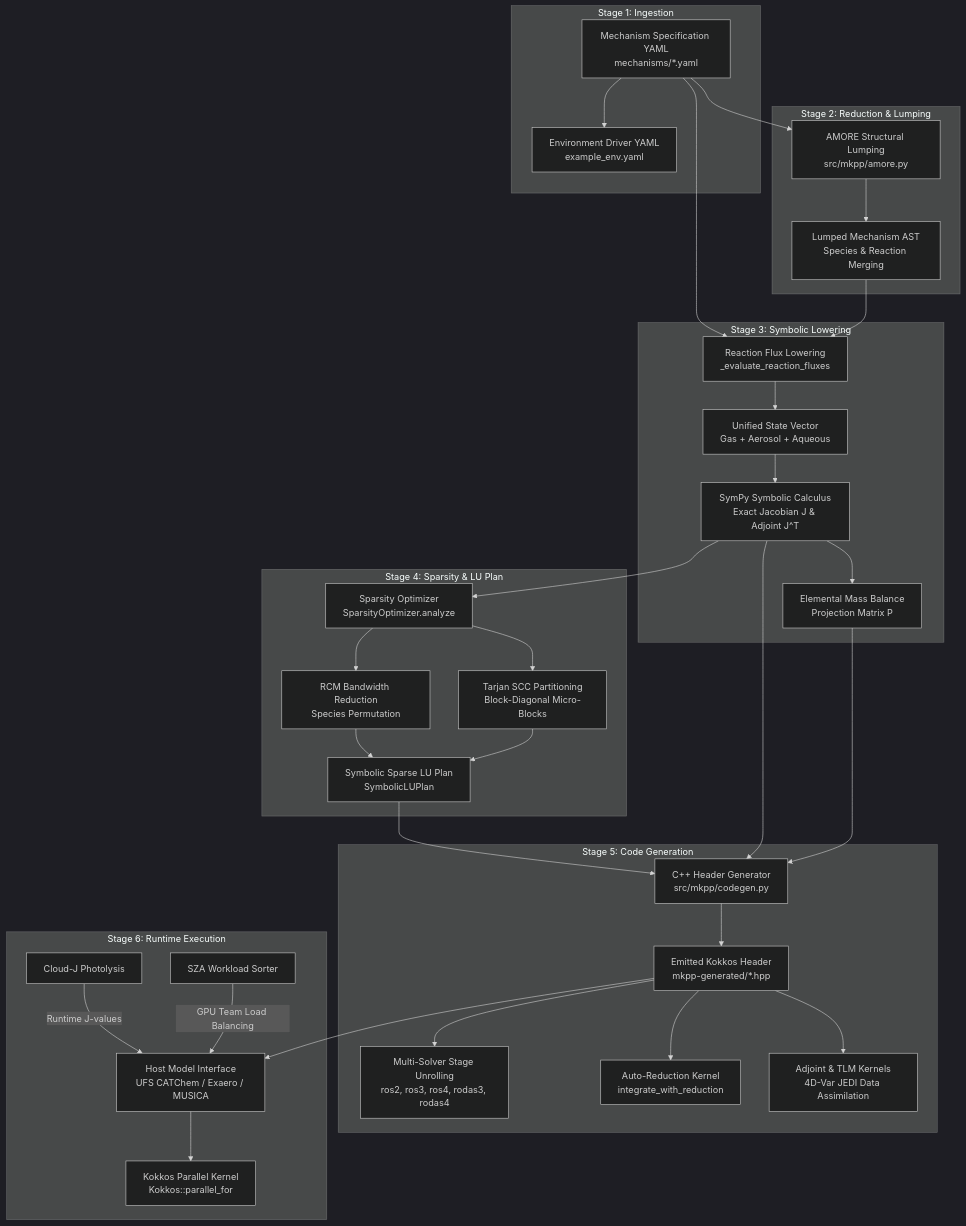
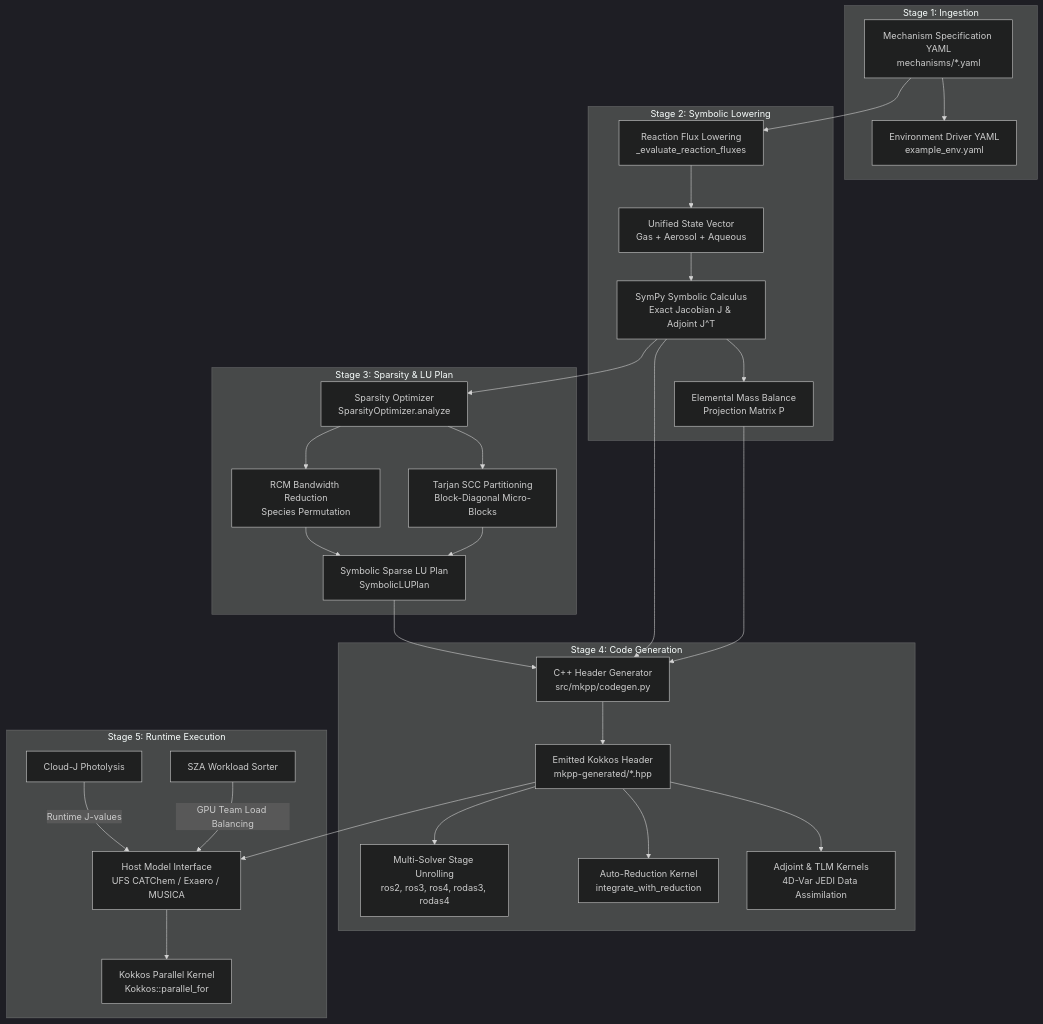
Before and after one commit to bbakernoaa/MKPP: the diagram in docs/explanation/mkpp-end-to-end-architecture.md, drawn with Mermaid (dark theme). The commit also changed other lines of this file and 52 other files, not shown here.

````diff
--- a/docs/explanation/mkpp-end-to-end-architecture.md
+++ b/docs/explanation/mkpp-end-to-end-architecture.md
@@ -24,40 +24,35 @@
 ```mermaid
 flowchart TD
     subgraph Stage 1: Ingestion
         A[Mechanism Specification YAML\nmechanisms/*.yaml] --> B[Environment Driver YAML\nexample_env.yaml]
     end
 
-    subgraph Stage 2: Reduction & Lumping
-        A --> C[AMORE Structural Lumping\nsrc/mkpp/amore.py]
-        C --> D[Lumped Mechanism AST\nSpecies & Reaction Merging]
-    end
-
-    subgraph Stage 3: Symbolic Lowering
-        A & D --> E[Reaction Flux Lowering\n_evaluate_reaction_fluxes]
+    subgraph Stage 2: Symbolic Lowering
+        A --> E[Reaction Flux Lowering\n_evaluate_reaction_fluxes]
         E --> F[Unified State Vector\nGas + Aerosol + Aqueous]
         F --> G[SymPy Symbolic Calculus\nExact Jacobian J & Adjoint J^T]
         G --> H[Elemental Mass Balance\nProjection Matrix P]
     end
 
-    subgraph Stage 4: Sparsity & LU Plan
+    subgraph Stage 3: Sparsity & LU Plan
         G --> I[Sparsity Optimizer\nSparsityOptimizer.analyze]
         I --> J[RCM Bandwidth Reduction\nSpecies Permutation]
         I --> K[Tarjan SCC Partitioning\nBlock-Diagonal Micro-Blocks]
         J & K --> L[Symbolic Sparse LU Plan\nSymbolicLUPlan]
     end
 
-    subgraph Stage 5: Code Generation
+    subgraph Stage 4: Code Generation
         L & G & H --> M[C++ Header Generator\nsrc/mkpp/codegen.py]
         M --> N[Emitted Kokkos Header\nmkpp-generated/*.hpp]
         N --> O[Multi-Solver Stage Unrolling\nros2, ros3, ros4, rodas3, rodas4]
         N --> P[Auto-Reduction Kernel\nintegrate_with_reduction]
         N --> Q[Adjoint & TLM Kernels\n4D-Var JEDI Data Assimilation]
     end
 
-    subgraph Stage 6: Runtime Execution
+    subgraph Stage 5: Runtime Execution
         N --> R[Host Model Interface\nUFS CATChem / Exaero / MUSICA]
         S[Cloud-J Photolysis] -->|Runtime J-values| R
         T[SZA Workload Sorter] -->|GPU Team Load Balancing| R
         R --> U[Kokkos Parallel Kernel\nKokkos::parallel_for]
     end
 ```
````
